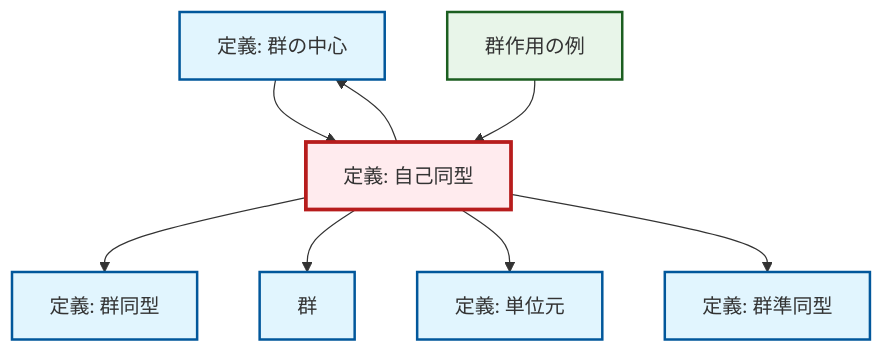
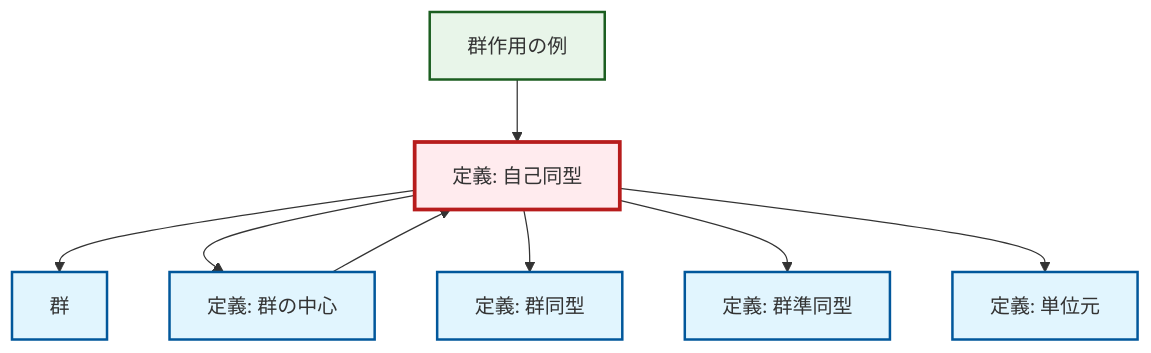
Before and after one commit to RK0429/ModernMath: the diagram in content/ja/algebra/def-automorphism.qmd, drawn with Mermaid. The commit also changed 672 other files, not shown here.

````diff
--- a/content/ja/algebra/def-automorphism.qmd
+++ b/content/ja/algebra/def-automorphism.qmd
@@ -101,30 +101,30 @@
 ```{mermaid}
-%%| fig-cap: "Local dependency graph"
+%%| fig-cap: "ローカル依存関係グラフ"
 graph TD
     classDef definition fill:#e1f5fe,stroke:#01579b,stroke-width:2px
     classDef theorem fill:#f3e5f5,stroke:#4a148c,stroke-width:2px
     classDef axiom fill:#fff3e0,stroke:#e65100,stroke-width:2px
     classDef example fill:#e8f5e9,stroke:#1b5e20,stroke-width:2px
     classDef current fill:#ffebee,stroke:#b71c1c,stroke-width:3px
+    ex-group-action-examples["群作用の例"]:::example
+    def-isomorphism["定義: 群同型"]:::definition
+    def-automorphism["定義: 自己同型"]:::definition
+    def-homomorphism["定義: 群準同型"]:::definition
     def-identity-element["定義: 単位元"]:::definition
-    def-isomorphism["定義: 群同型"]:::definition
+    def-group["群"]:::definition
     def-center-of-group["定義: 群の中心"]:::definition
-    def-homomorphism["定義: 群準同型"]:::definition
-    def-automorphism["定義: 自己同型"]:::definition
-    ex-group-action-examples["群作用の例"]:::example
-    def-group["群"]:::definition
+    def-automorphism --> def-group
+    def-automorphism --> def-center-of-group
+    def-automorphism --> def-isomorphism
+    def-automorphism --> def-homomorphism
     def-center-of-group --> def-automorphism
-    def-automorphism --> def-isomorphism
-    def-automorphism --> def-group
     ex-group-action-examples --> def-automorphism
     def-automorphism --> def-identity-element
-    def-automorphism --> def-center-of-group
-    def-automorphism --> def-homomorphism
     class def-automorphism current
+    click ex-group-action-examples "ex-group-action-examples.html" "群作用の例へ"
+    click def-isomorphism "def-isomorphism.html" "群同型の定義へ"
+    click def-homomorphism "def-homomorphism.html" "群準同型の定義へ"
     click def-identity-element "def-identity-element.html" "単位元の定義へ"
-    click def-isomorphism "def-isomorphism.html" "群同型の定義へ"
+    click def-group "def-group.html" "群へ"
     click def-center-of-group "def-center-of-group.html" "群の中心の定義へ"
-    click def-homomorphism "def-homomorphism.html" "群準同型の定義へ"
-    click ex-group-action-examples "ex-group-action-examples.html" "群作用の例へ"
-    click def-group "def-group.html" "群へ"
 ```
````
